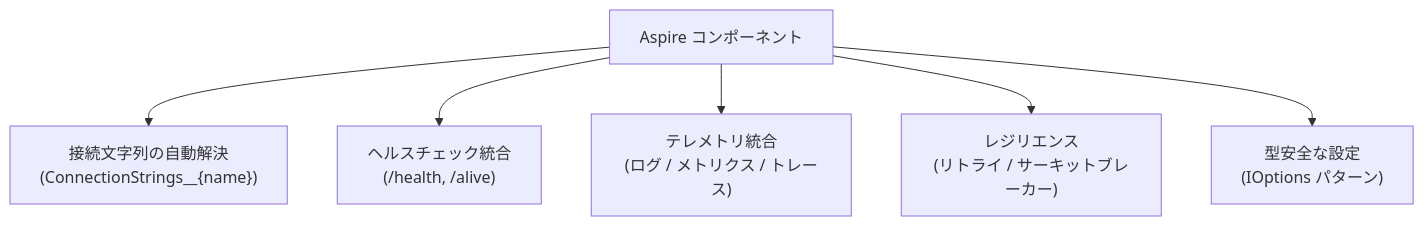
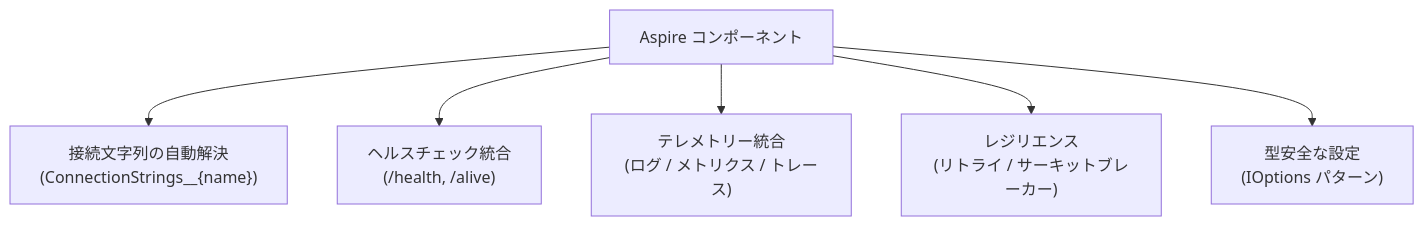
The eighth of 18 diagrams in content/blog/ja/dotnet-aspire.mdx (yoichiozaki/yoichiozaki.github.io), drawn with Mermaid before and after one commit. The commit also changed other lines of this file and 117 other files, not shown here.

````diff
--- a/content/blog/ja/dotnet-aspire.mdx
+++ b/content/blog/ja/dotnet-aspire.mdx
@@ -487,9 +487,9 @@
 ```mermaid
 graph TD
     Component["Aspire コンポーネント"]
     Component --> CS["接続文字列の自動解決<br/>(ConnectionStrings__{name})"]
     Component --> HC["ヘルスチェック統合<br/>(/health, /alive)"]
-    Component --> Telemetry["テレメトリ統合<br/>(ログ / メトリクス / トレース)"]
+    Component --> Telemetry["テレメトリー統合<br/>(ログ / メトリクス / トレース)"]
     Component --> Retry["レジリエンス<br/>(リトライ / サーキットブレーカー)"]
     Component --> Config["型安全な設定<br/>(IOptions パターン)"]
 ```
````
